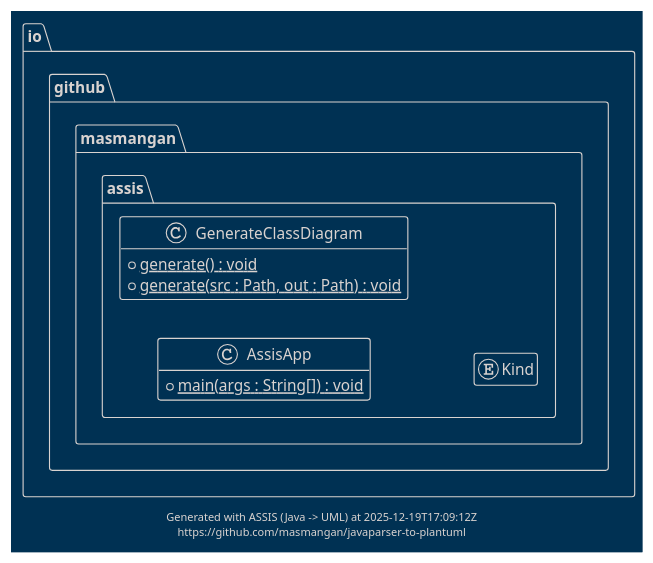
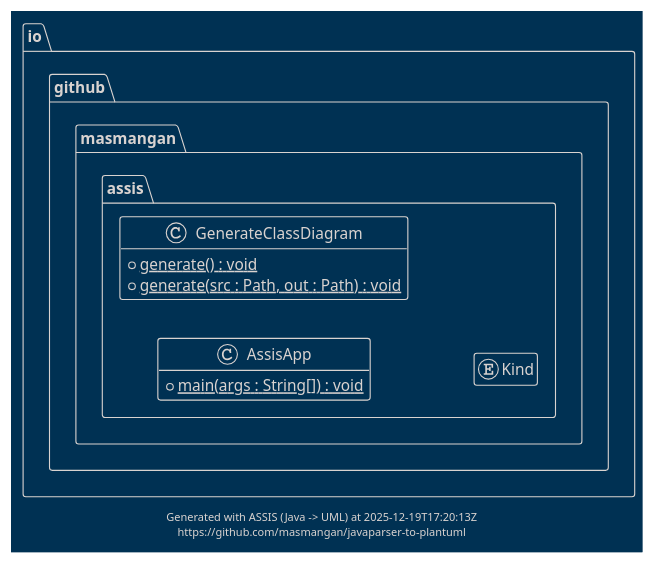
The diagram in docs/uml/class-diagram.puml (masmangan/assis), drawn with PlantUML before and after one commit. The commit also changed 1 other file, not shown here.

```diff
--- a/docs/uml/class-diagram.puml
+++ b/docs/uml/class-diagram.puml
@@ -1,23 +1,23 @@
 @startuml class-diagram
 hide empty members
 !theme blueprint
 package "io.github.masmangan.assis" {
 class AssisApp{
   + main(args : String[]) : void {static}
 }
 class GenerateClassDiagram{
   + generate() : void {static}
   + generate(src : Path, out : Path) : void {static}
 }
 enum Kind {
 }
 }
 
 left to right direction
 
 center footer
-Generated with ASSIS (Java -> UML) at 2025-12-19T17:09:12Z
+Generated with ASSIS (Java -> UML) at 2025-12-19T17:20:13Z
 https://github.com/masmangan/javaparser-to-plantuml
 end footer
 
 @enduml
```
